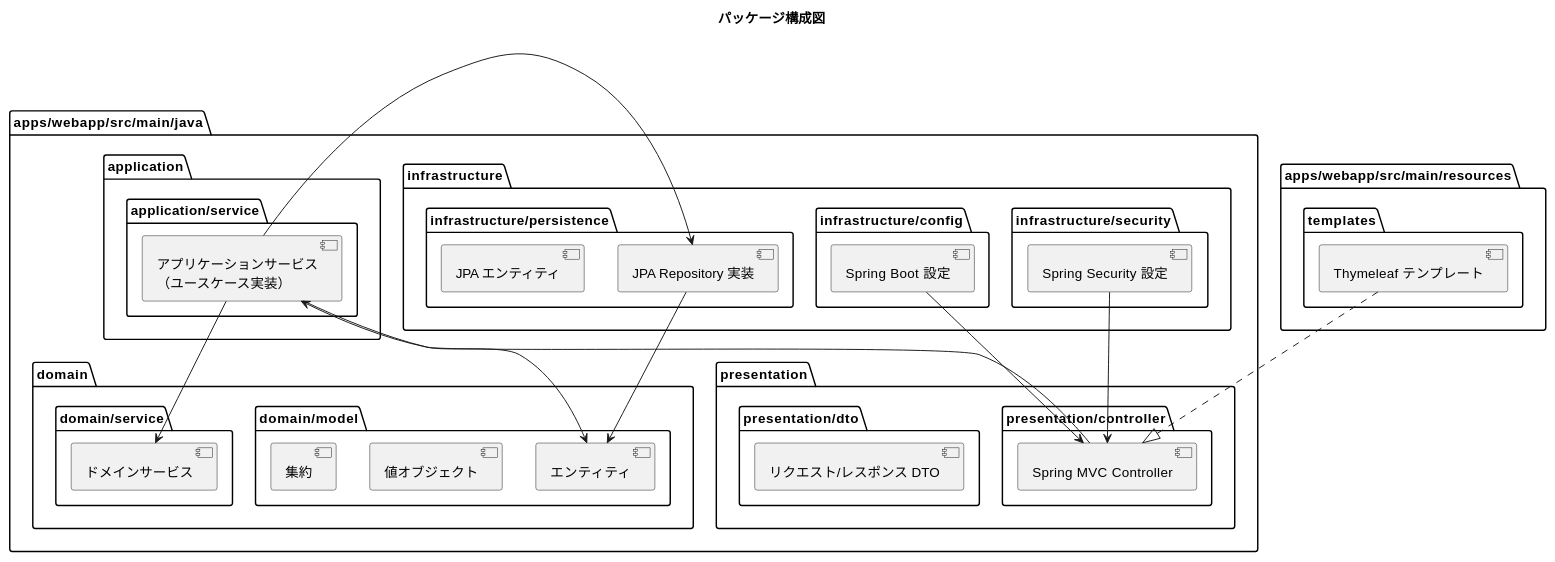
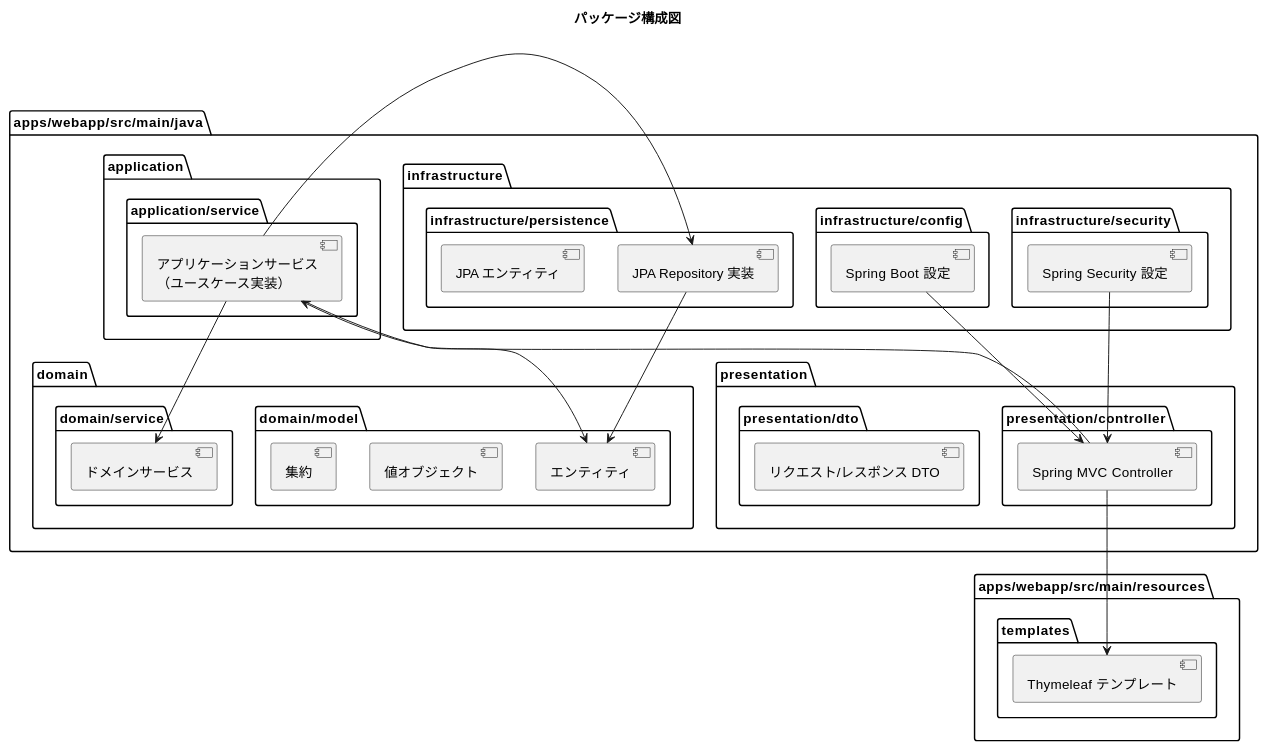
One commit to k2works/case-study-sdd-development changed the second of 3 diagrams in docs/design/architecture_design.md. Above: the diagram before and after it, drawn with PlantUML. The commit also changed other lines of this file and 4 other files, not shown here.

````diff
--- a/docs/design/architecture_design.md
+++ b/docs/design/architecture_design.md
@@ -116,63 +116,63 @@
 ```plantuml
 @startuml
 title パッケージ構成図
 
 package "apps/webapp/src/main/java" {
 
   package "presentation" {
     package "presentation/controller" {
       [Spring MVC Controller] as controllers
     }
     package "presentation/dto" {
       [リクエスト/レスポンス DTO] as dtos
     }
   }
 
   package "application" {
     package "application/service" {
       [アプリケーションサービス\n（ユースケース実装）] as app_services
     }
   }
 
   package "infrastructure" {
     package "infrastructure/persistence" {
       [JPA Repository 実装] as jpa_repos
       [JPA エンティティ] as jpa_entities
     }
     package "infrastructure/config" {
       [Spring Boot 設定] as boot_config
     }
     package "infrastructure/security" {
       [Spring Security 設定] as sec_config
     }
   }
 
   package "domain" {
     package "domain/model" {
       [エンティティ] as entities
       [値オブジェクト] as value_objects
       [集約] as aggregates
     }
     package "domain/service" {
       [ドメインサービス] as domain_services
     }
   }
 }
 
 package "apps/webapp/src/main/resources" {
   package "templates" {
     [Thymeleaf テンプレート] as template
   }
 }
 
 controllers --> app_services
 app_services --> jpa_repos
 app_services --> entities
 app_services --> domain_services
 jpa_repos --> entities
 boot_config --> controllers
 sec_config --> controllers
-template ..|> controllers
+controllers --> template
 
 @enduml
 ```
````
